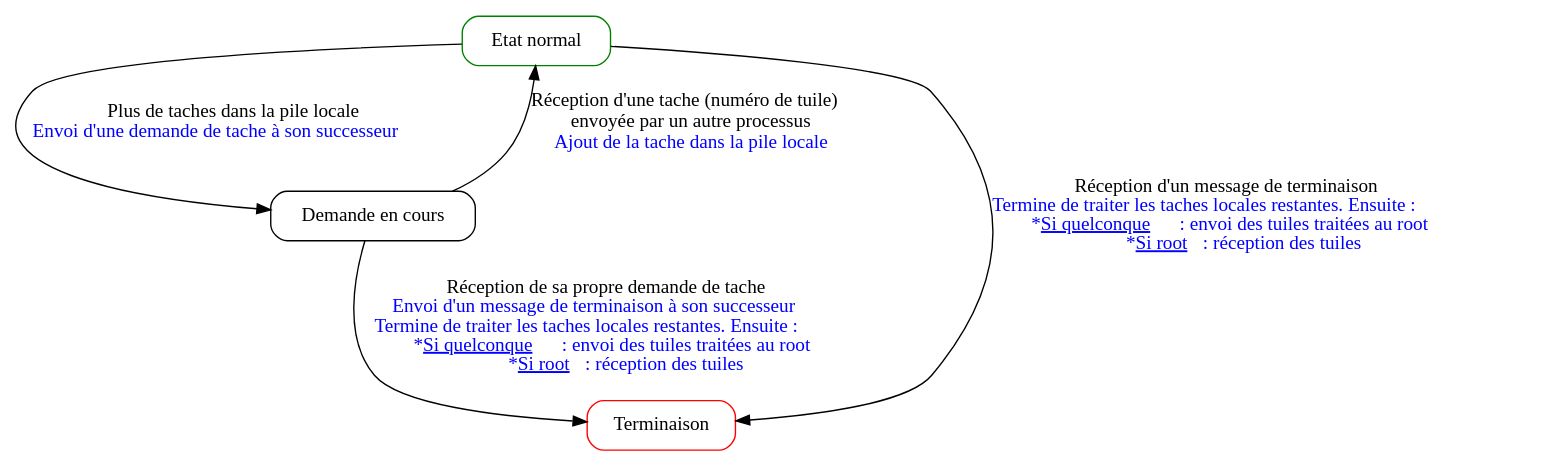
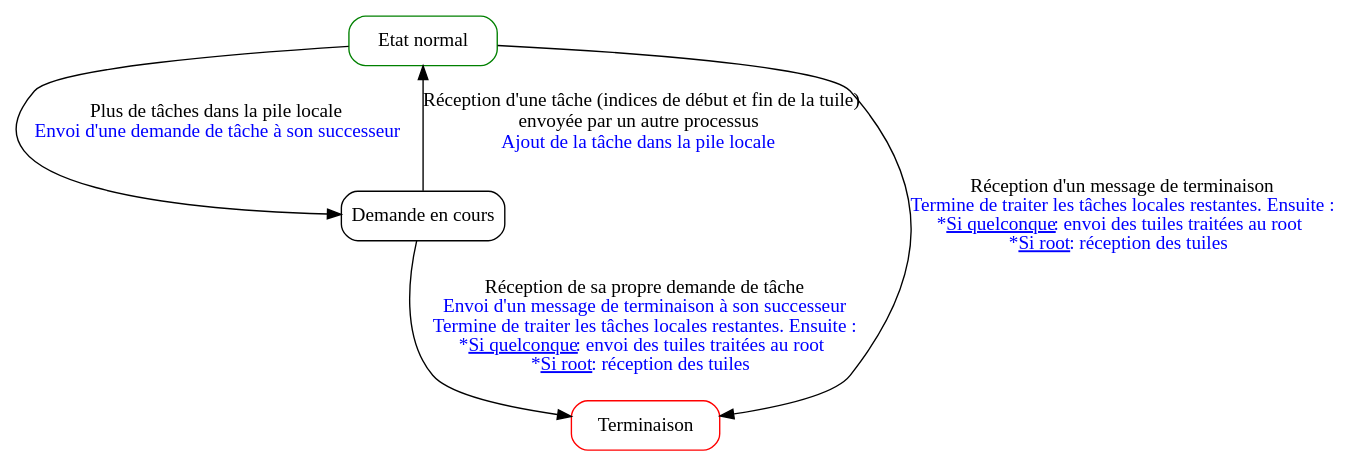
The diagram in automate.dot (ahonorat/projectsENSEIRB), drawn with Graphviz before and after one commit. The commit also changed 1 other file, not shown here.

Commit message:
[4TDP] New automaton schema, with accents

```diff
--- a/automate.dot
+++ b/automate.dot
@@ -1,40 +1,44 @@
 digraph coherence {
+
+graph [fontname = "times"];
+node [fontname = "times"];
+edge [fontname = "times"];
 
     node
         [shape=Mrecord width=1.5];
 
     subgraph process_automaton {
 
         label="Process";
 
         //
         // States (Nodes)
         //
 
         "Process::Normal"
             [root="true" color="green" label="{Etat normal}"];
 
         "Process::Demande"
             [label="{Demande en cours}"];
 
         "Process::Terminaison"
             [color="red" label="{Terminaison}"];
 
         //
         // Transitions (Edges)
         //
 
         "Process::Normal" -> "Process::Demande"
-            [label=<Plus de taches dans la pile locale<BR/><FONT color="blue">Envoi d'une demande de tache à son successeur</FONT>>];
+            [label=<Plus de tâches dans la pile locale<BR/><FONT color="blue">Envoi d'une demande de tâche à son successeur</FONT>>];
 
         "Process::Demande" -> "Process::Normal"
-            [label=<Réception d'une tache (numéro de tuile)<BR/>envoyée par un autre processus<BR/><FONT color="blue">Ajout de la tache dans la pile locale</FONT>>];
+            [label=<Réception d'une tâche (indices de début et fin de la tuile)<BR/>envoyée par un autre processus<BR/><FONT color="blue">Ajout de la tâche dans la pile locale</FONT>>];
 
         "Process::Normal" -> "Process::Terminaison"
-            [label=<Réception d'un message de terminaison<BR/><FONT color="blue">Termine de traiter les taches locales restantes. Ensuite :<BR/>*<u>Si quelconque</u> : envoi des tuiles traitées au root<BR/>*<u>Si root</u> : réception des tuiles</FONT>>];
+            [label=<Réception d'un message de terminaison<BR/><FONT color="blue">Termine de traiter les tâches locales restantes. Ensuite :<BR/>*<u>Si quelconque</u> : envoi des tuiles traitées au root<BR/>*<u>Si root</u> : réception des tuiles</FONT>>];
 
         "Process::Demande" -> "Process::Terminaison"
-            [label=<Réception de sa propre demande de tache<BR/><FONT color="blue">Envoi d'un message de terminaison à son successeur<BR/>Termine de traiter les taches locales restantes. Ensuite :<BR/>*<u>Si quelconque</u> : envoi des tuiles traitées au root<BR/>*<u>Si root</u> : réception des tuiles</FONT>>];
+            [label=<Réception de sa propre demande de tâche<BR/><FONT color="blue">Envoi d'un message de terminaison à son successeur<BR/>Termine de traiter les tâches locales restantes. Ensuite :<BR/>*<u>Si quelconque</u> : envoi des tuiles traitées au root<BR/>*<u>Si root</u> : réception des tuiles</FONT>>];
     }
 
 }
```
